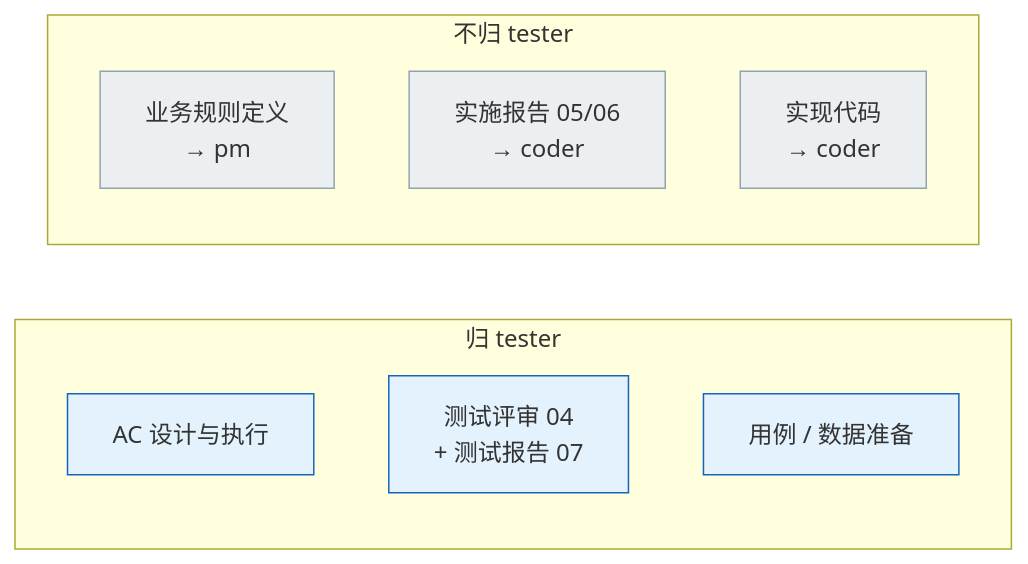
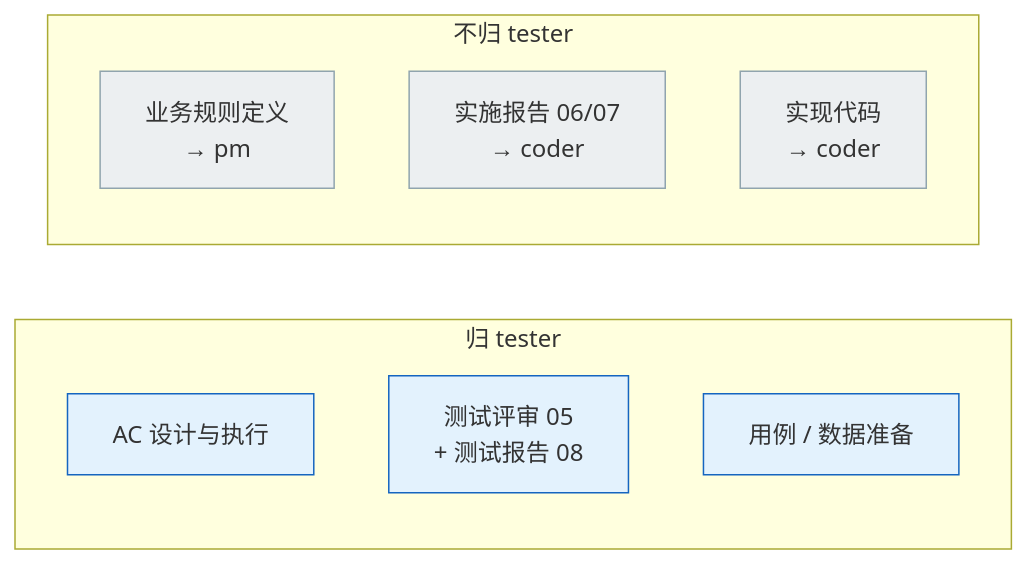
The sixth of 7 diagrams in agents/tester.md (effiy/YrY), drawn with Mermaid before and after one commit. The commit also changed other lines of this file and 11 other files, not shown here.

````diff
--- a/agents/tester.md
+++ b/agents/tester.md
@@ -140,16 +140,16 @@
 ```mermaid
 flowchart LR
     subgraph in["归 tester"]
         I1["AC 设计与执行"]:::in
-        I2["测试评审 04<br/>+ 测试报告 07"]:::in
+        I2["测试评审 05<br/>+ 测试报告 08"]:::in
         I3["用例 / 数据准备"]:::in
     end
     subgraph out["不归 tester"]
         O1["业务规则定义<br/>→ pm"]:::out
-        O2["实施报告 05/06<br/>→ coder"]:::out
+        O2["实施报告 06/07<br/>→ coder"]:::out
         O3["实现代码<br/>→ coder"]:::out
     end
 
     classDef in fill:#e3f2fd,stroke:#1565c0;
     classDef out fill:#eceff1,stroke:#90a4ae;
 ```
````
